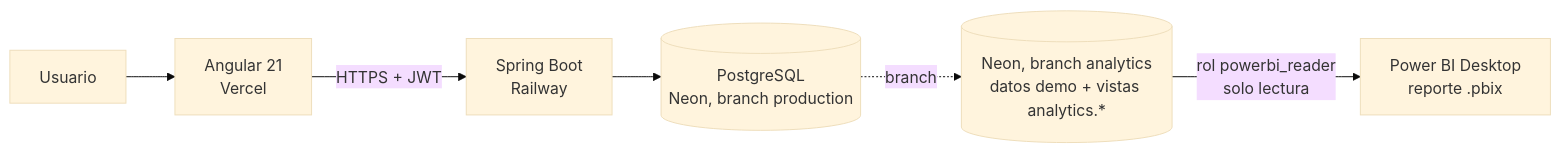
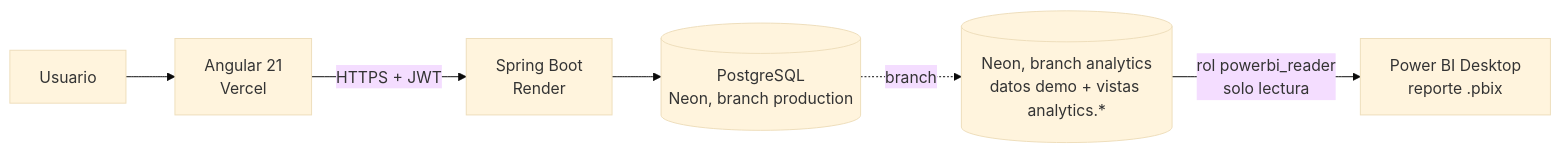
One commit to Getaway2022/SIDERURGICA-ERP changed the first of 2 diagrams in README.md. Above: the diagram before and after it, drawn with Mermaid (base theme). The commit also changed other lines of this file and 4 other files, not shown here.

Commit message:
docs: actualiza el despliegue del backend de Railway a Render [skip render]

````diff
--- a/README.md
+++ b/README.md
@@ -78,8 +79,8 @@
 ```mermaid
 flowchart LR
     U["Usuario"] --> FE["Angular 21<br/>Vercel"]
-    FE -->|"HTTPS + JWT"| BE["Spring Boot<br/>Railway"]
+    FE -->|"HTTPS + JWT"| BE["Spring Boot<br/>Render"]
     BE --> DB[("PostgreSQL<br/>Neon, branch production")]
     DB -.->|"branch"| AN[("Neon, branch analytics<br/>datos demo + vistas analytics.*")]
     AN -->|"rol powerbi_reader<br/>solo lectura"| PBI["Power BI Desktop<br/>reporte .pbix"]
 ```
````
